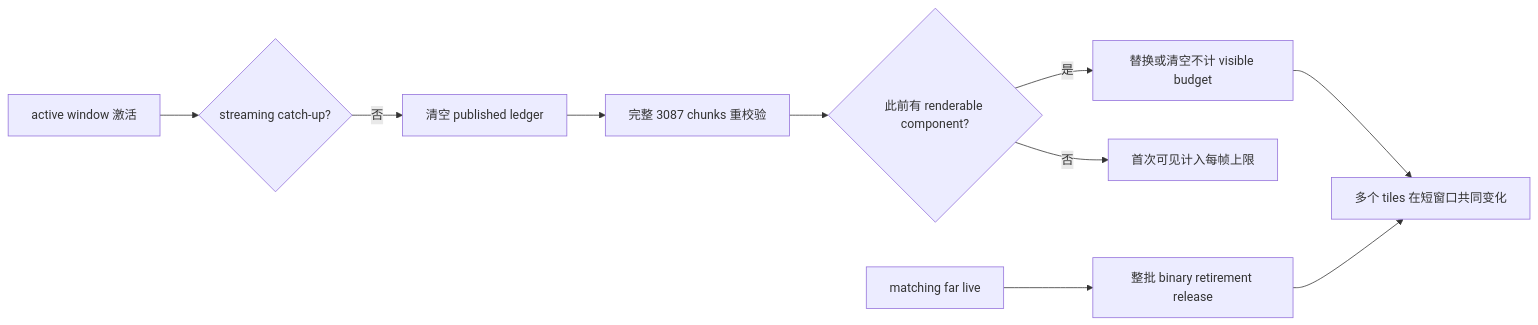
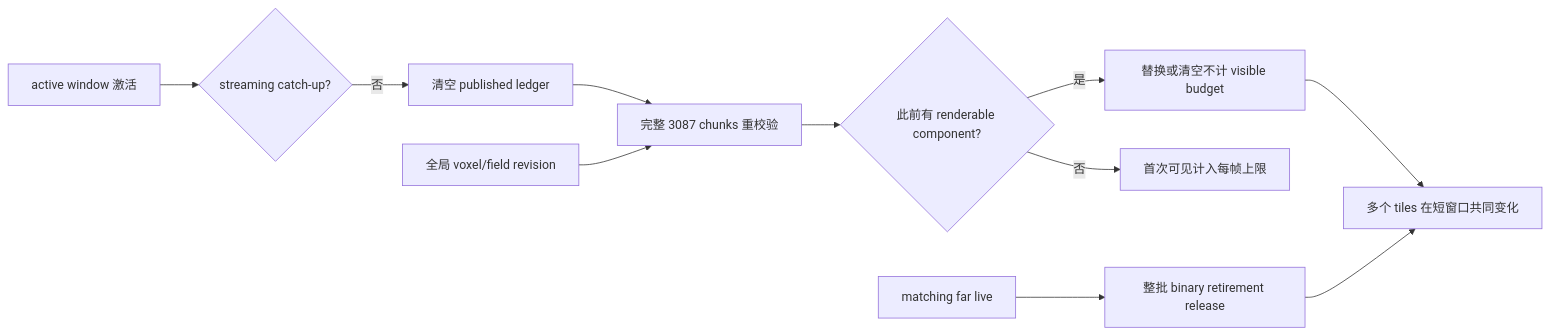
Before and after one commit to dyzdyz010/ex_mmo_cluster: the fourth of 4 diagrams in docs/10-active/voxel-far-field/2026-07-11-near-far-presentation-handoff.md, drawn with Mermaid. The commit also changed other lines of this file and 3 other files, not shown here.

````diff
--- a/docs/10-active/voxel-far-field/2026-07-11-near-far-presentation-handoff.md
+++ b/docs/10-active/voxel-far-field/2026-07-11-near-far-presentation-handoff.md
@@ -612,12 +612,13 @@
 ```mermaid
 flowchart LR
   A[active window 激活] --> B{streaming catch-up?}
   B -->|否| C[清空 published ledger]
   C --> D[完整 3087 chunks 重校验]
+  K[全局 voxel/field revision] --> D
   D --> E{此前有 renderable component?}
   E -->|是| F[替换或清空不计 visible budget]
   E -->|否| G[首次可见计入每帧上限]
   F --> H[多个 tiles 在短窗口共同变化]
   I[matching far live] --> J[整批 binary retirement release]
   J --> H
 ```
````
